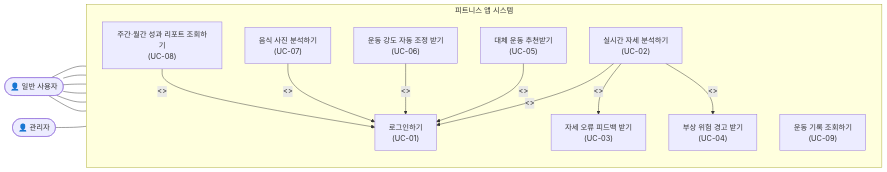
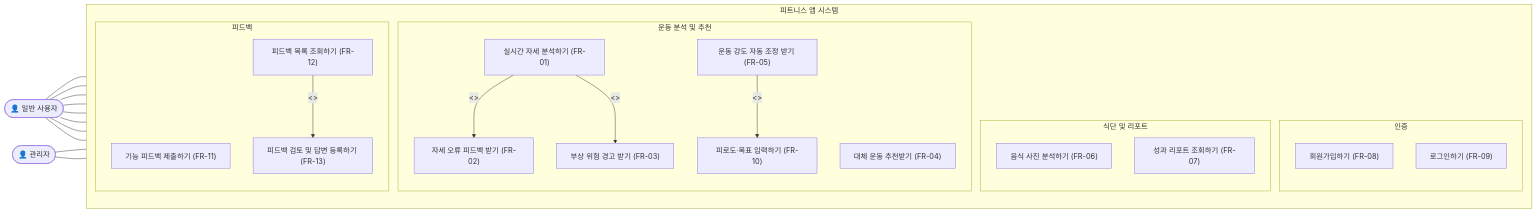
One commit to ruffy0611/sw-danungs_healthcare changed the diagram in Usecase.md. Above: the diagram before and after it, drawn with Mermaid.

Commit message:
Update use case diagram with new functionalities

````diff
--- a/Usecase.md
+++ b/Usecase.md
@@ -3,37 +3,51 @@
 ```mermaid
 flowchart LR
-  %% 액터
   User(["👤 일반 사용자"])
   Admin(["👤 관리자"])
 
   subgraph SYS ["피트니스 앱 시스템"]
     direction TB
 
-    UC01["로그인하기\n(UC-01)"]
-    UC02["실시간 자세 분석하기\n(UC-02)"]
-    UC03["자세 오류 피드백 받기\n(UC-03)"]
-    UC04["부상 위험 경고 받기\n(UC-04)"]
-    UC05["대체 운동 추천받기\n(UC-05)"]
-    UC06["운동 강도 자동 조정 받기\n(UC-06)"]
-    UC07["음식 사진 분석하기\n(UC-07)"]
-    UC08["주간·월간 성과 리포트 조회하기\n(UC-08)"]
-    UC09["운동 기록 조회하기\n(UC-09)"]
+    subgraph AUTH ["인증"]
+      UC08["회원가입하기 (FR-08)"]
+      UC09["로그인하기 (FR-09)"]
+    end
 
-    UC02 -- "<>" --> UC01
-    UC05 -- "<>" --> UC01
-    UC06 -- "<>" --> UC01
-    UC07 -- "<>" --> UC01
-    UC08 -- "<>" --> UC01
+    subgraph EXERCISE ["운동 분석 및 추천"]
+      UC01["실시간 자세 분석하기 (FR-01)"]
+      UC02["자세 오류 피드백 받기 (FR-02)"]
+      UC03["부상 위험 경고 받기 (FR-03)"]
+      UC10["피로도·목표 입력하기 (FR-10)"]
+      UC04["대체 운동 추천받기 (FR-04)"]
+      UC05["운동 강도 자동 조정 받기 (FR-05)"]
+    end
 
-    UC02 -- "<>" --> UC03
-    UC02 -- "<>" --> UC04
+    subgraph HEALTH ["식단 및 리포트"]
+      UC06["음식 사진 분석하기 (FR-06)"]
+      UC07["성과 리포트 조회하기 (FR-07)"]
+    end
+
+    subgraph FEEDBACK ["피드백"]
+      UC11["기능 피드백 제출하기 (FR-11)"]
+      UC12["피드백 목록 조회하기 (FR-12)"]
+      UC13["피드백 검토 및 답변 등록하기 (FR-13)"]
+    end
+
+    UC01 -- "<>" --> UC02
+    UC01 -- "<>" --> UC03
+    UC05 -- "<>" --> UC10
+    UC12 -- "<>" --> UC13
   end
 
+  User --- UC08
+  User --- UC09
   User --- UC01
-  User --- UC02
+  User --- UC04
   User --- UC05
   User --- UC06
   User --- UC07
-  User --- UC08
-  Admin --- UC09
+  User --- UC11
+
+  Admin --- UC12
+  Admin --- UC13
 ```
````
